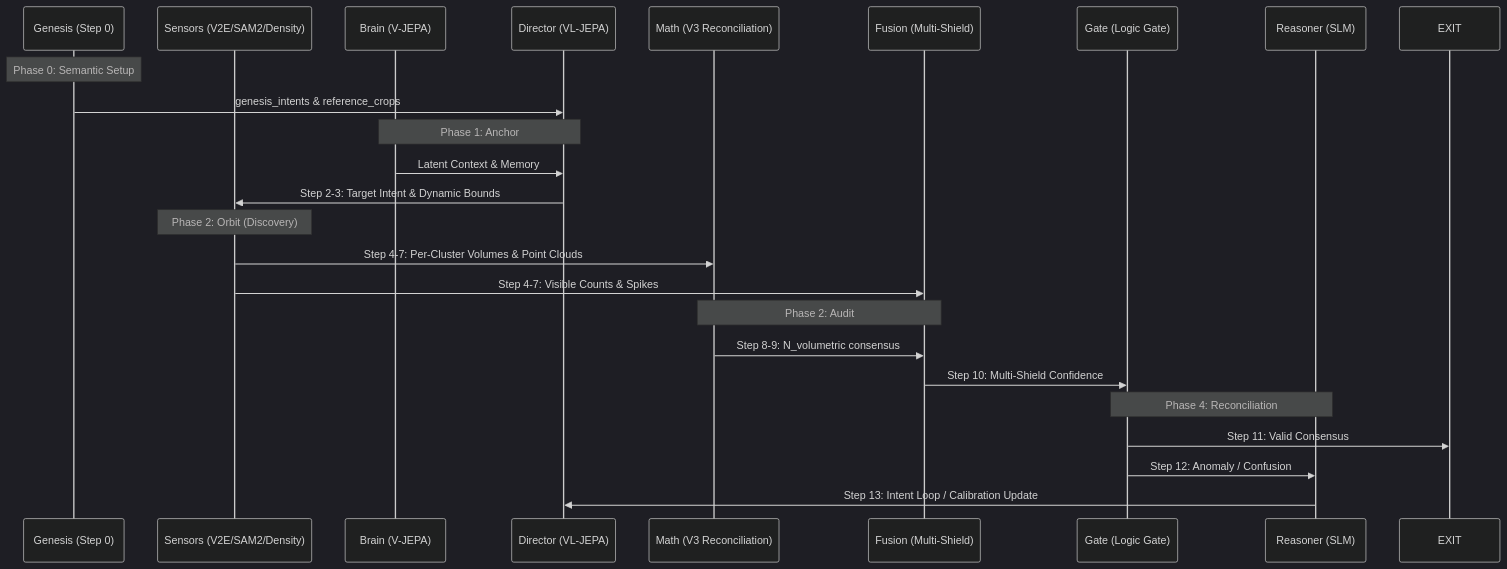
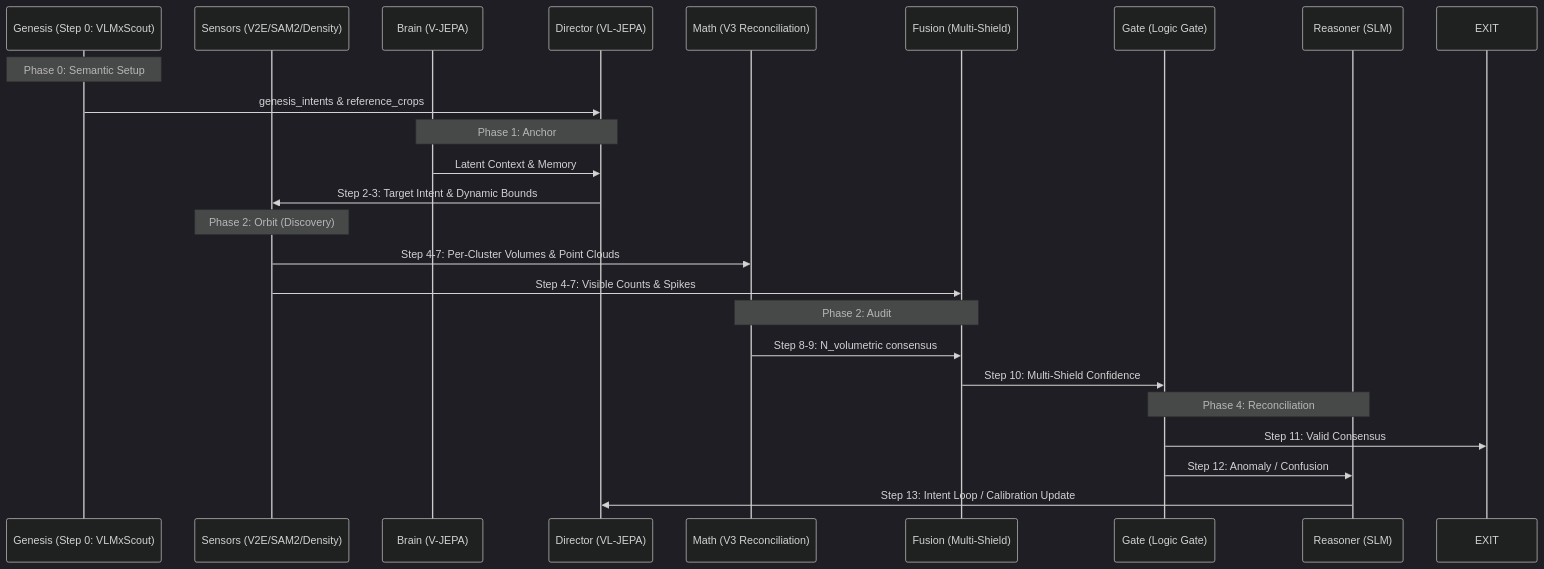
The diagram in Data_Flow_Diagram.md (Yonnnnnnnnn/numeri-vjepa-experiment), drawn with Mermaid (dark theme) before and after one commit. The commit also changed 7 other files, not shown here.

````diff
--- a/Data_Flow_Diagram.md
+++ b/Data_Flow_Diagram.md
@@ -24,31 +24,31 @@
 ```mermaid
 sequenceDiagram
-    participant G as Genesis (Step 0)
+    participant G as Genesis (Step 0: VLMxScout)
     participant S as Sensors (V2E/SAM2/Density)
     participant B as Brain (V-JEPA)
     participant D as Director (VL-JEPA)
     participant M as Math (V3 Reconciliation)
     participant F as Fusion (Multi-Shield)
     participant LG as Gate (Logic Gate)
     participant R as Reasoner (SLM)
 
     Note over G: Phase 0: Semantic Setup
     G->>D: genesis_intents & reference_crops
 
     Note over B,D: Phase 1: Anchor
     B->>D: Latent Context & Memory
     D->>S: Step 2-3: Target Intent & Dynamic Bounds
 
     Note over S: Phase 2: Orbit (Discovery)
     S->>M: Step 4-7: Per-Cluster Volumes & Point Clouds
     S->>F: Step 4-7: Visible Counts & Spikes
 
     Note over M,F: Phase 2: Audit
     M->>F: Step 8-9: N_volumetric consensus
     F->>LG: Step 10: Multi-Shield Confidence
 
     Note over LG,R: Phase 4: Reconciliation
     LG->>EXIT: Step 11: Valid Consensus
     LG->>R: Step 12: Anomaly / Confusion
     R->>D: Step 13: Intent Loop / Calibration Update
 ```
````
